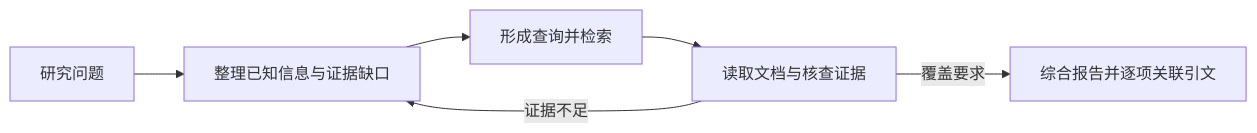
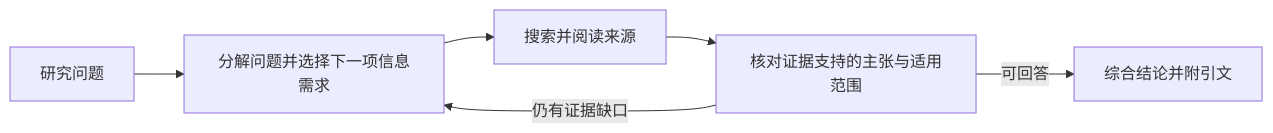
One commit to RoyceChase/cmu-ai-agents-study changed the diagram in lessons/5b-deep-research-agents/notes.md. Above: the diagram before and after it, drawn with Mermaid. The commit also changed other lines of this file and 14 other files, not shown here.

````diff
--- a/lessons/5b-deep-research-agents/notes.md
+++ b/lessons/5b-deep-research-agents/notes.md
@@ -505,8 +16,8 @@
-```mermaid
+~~~mermaid
 flowchart LR
-    Q[研究问题] --> H[整理已知信息与证据缺口]
-    H --> S[形成查询并检索]
-    S --> V[读取文档与核查证据]
-    V -->|证据不足| H
-    V -->|覆盖要求| A[综合报告并逐项关联引文]
-```
+    Q[研究问题] --> P[分解问题并选择下一项信息需求]
+    P --> S[搜索并阅读来源]
+    S --> E[核对证据支持的主张与适用范围]
+    E -->|仍有证据缺口| P
+    E -->|可回答| A[综合结论并附引文]
+~~~
````
